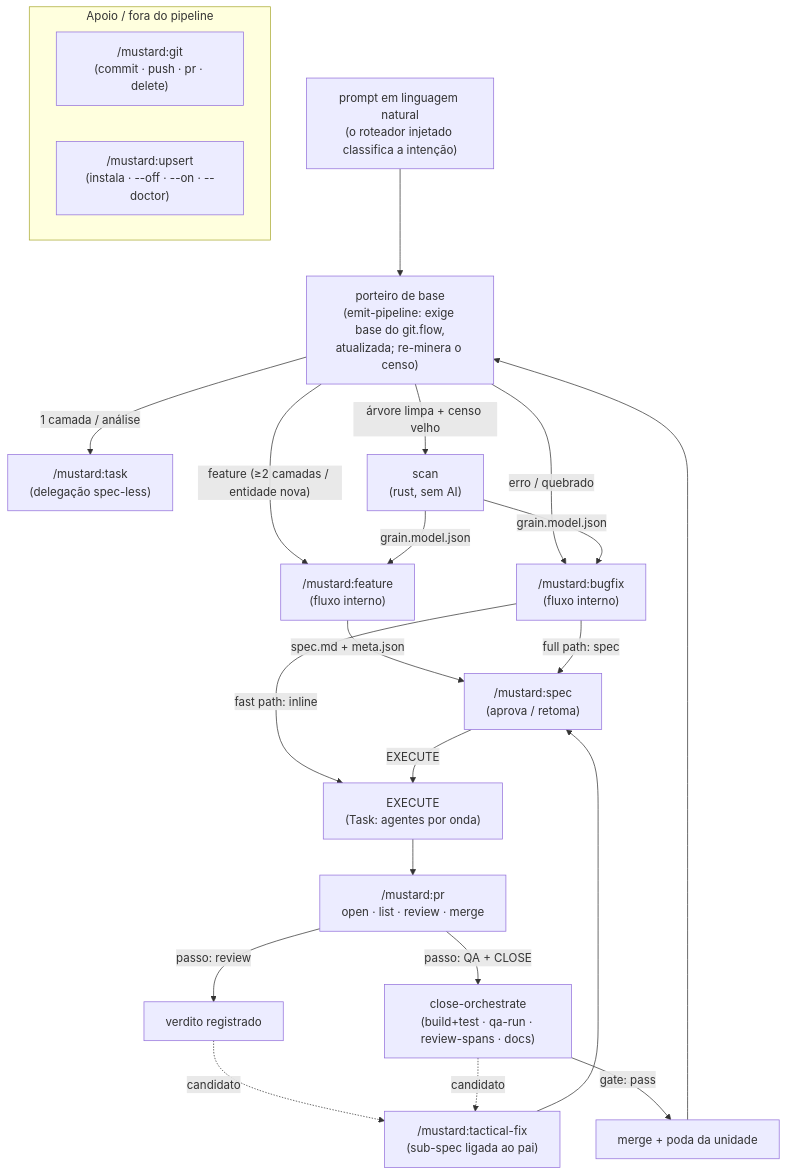
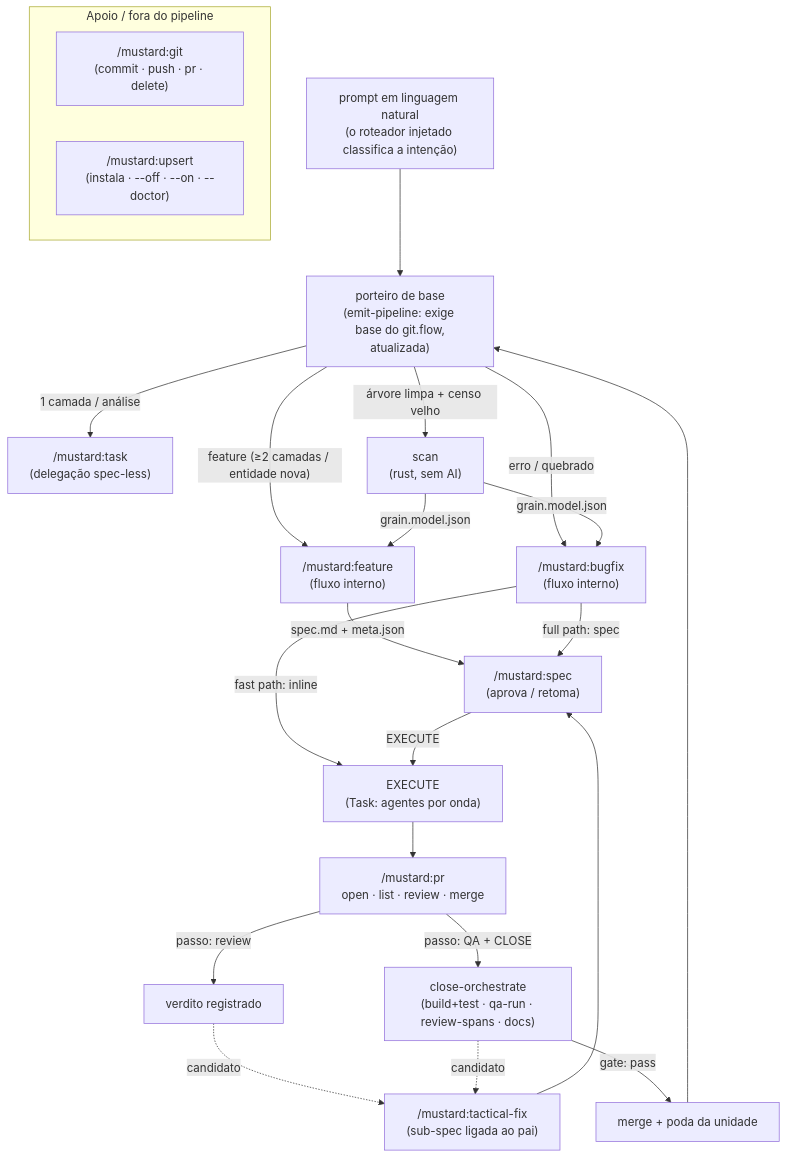
Before and after one commit to rubensrpj/mustard: the first of 12 diagrams in MUSTARD-COMMANDS.md, drawn with Mermaid. The commit also changed other lines of this file and 9 other files, not shown here.

````diff
--- a/MUSTARD-COMMANDS.md
+++ b/MUSTARD-COMMANDS.md
@@ -25,32 +25,32 @@
 ```mermaid
 flowchart TD
-    door["prompt em linguagem natural<br/>(o roteador injetado classifica a intenção)"] --> gate["porteiro de base<br/>(emit-pipeline: exige base do git.flow,<br/>atualizada; re-minera o censo)"]
+    door["prompt em linguagem natural<br/>(o roteador injetado classifica a intenção)"] --> gate["porteiro de base<br/>(emit-pipeline: exige base do git.flow,<br/>atualizada)"]
     gate -->|"feature (≥2 camadas / entidade nova)"| feat["/mustard:feature<br/>(fluxo interno)"]
     gate -->|"erro / quebrado"| bug["/mustard:bugfix<br/>(fluxo interno)"]
     gate -->|"1 camada / análise"| task["/mustard:task<br/>(delegação spec-less)"]
 
     gate -->|"árvore limpa + censo velho"| scan["scan<br/>(rust, sem AI)"]
     scan -->|grain.model.json| feat
     scan -->|grain.model.json| bug
 
     feat -->|spec.md + meta.json| spec["/mustard:spec<br/>(aprova / retoma)"]
     bug -->|"fast path: inline"| exec
     bug -->|"full path: spec"| spec
 
     spec -->|EXECUTE| exec["EXECUTE<br/>(Task: agentes por onda)"]
     exec --> pr["/mustard:pr<br/>open · list · review · merge"]
     pr -->|"passo: review"| rev["verdito registrado"]
     pr -->|"passo: QA + CLOSE"| gates["close-orchestrate<br/>(build+test · qa-run · review-spans · docs)"]
     gates -->|"gate: pass"| merge["merge + poda da unidade"]
 
     rev -. candidato .-> tf["/mustard:tactical-fix<br/>(sub-spec ligada ao pai)"]
     gates -. candidato .-> tf
     tf --> spec
 
     merge --> gate
 
     subgraph apoio["Apoio / fora do pipeline"]
         git["/mustard:git<br/>(commit · push · pr · delete)"]
         upsert["/mustard:upsert<br/>(instala · --off · --on · --doctor)"]
     end
 ```
````
